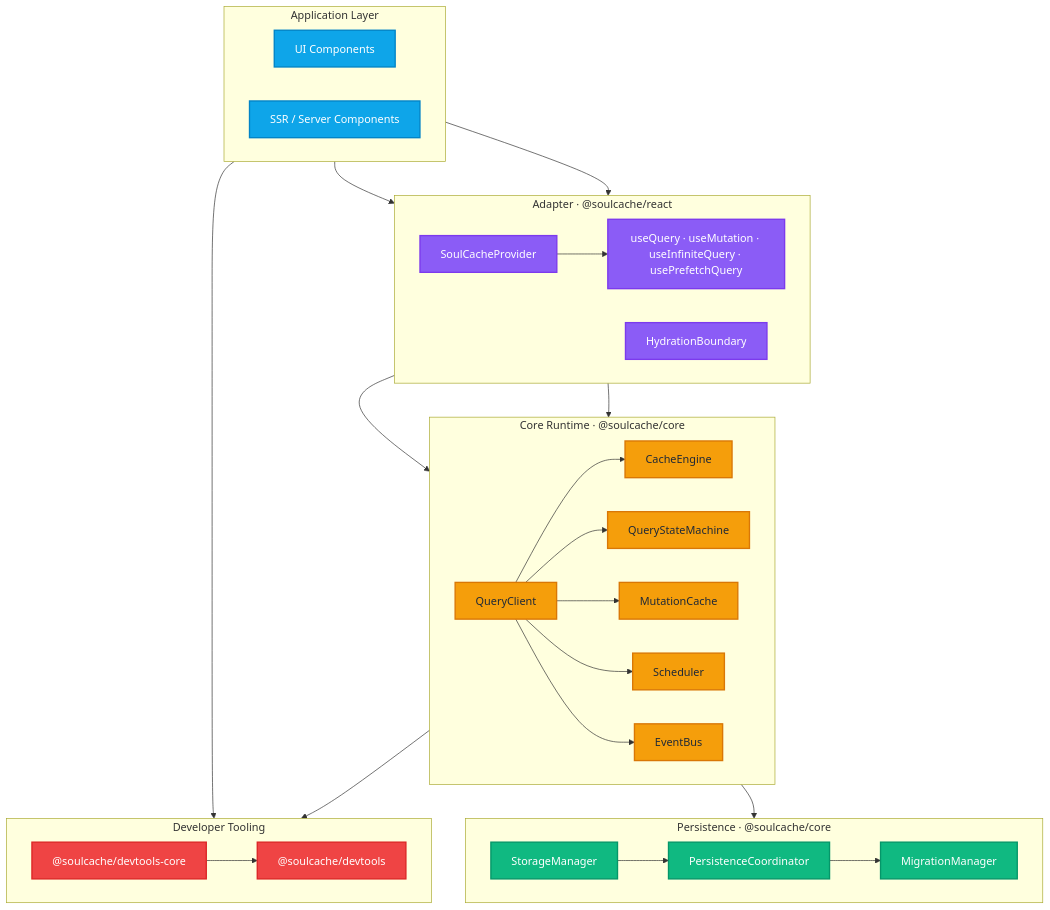
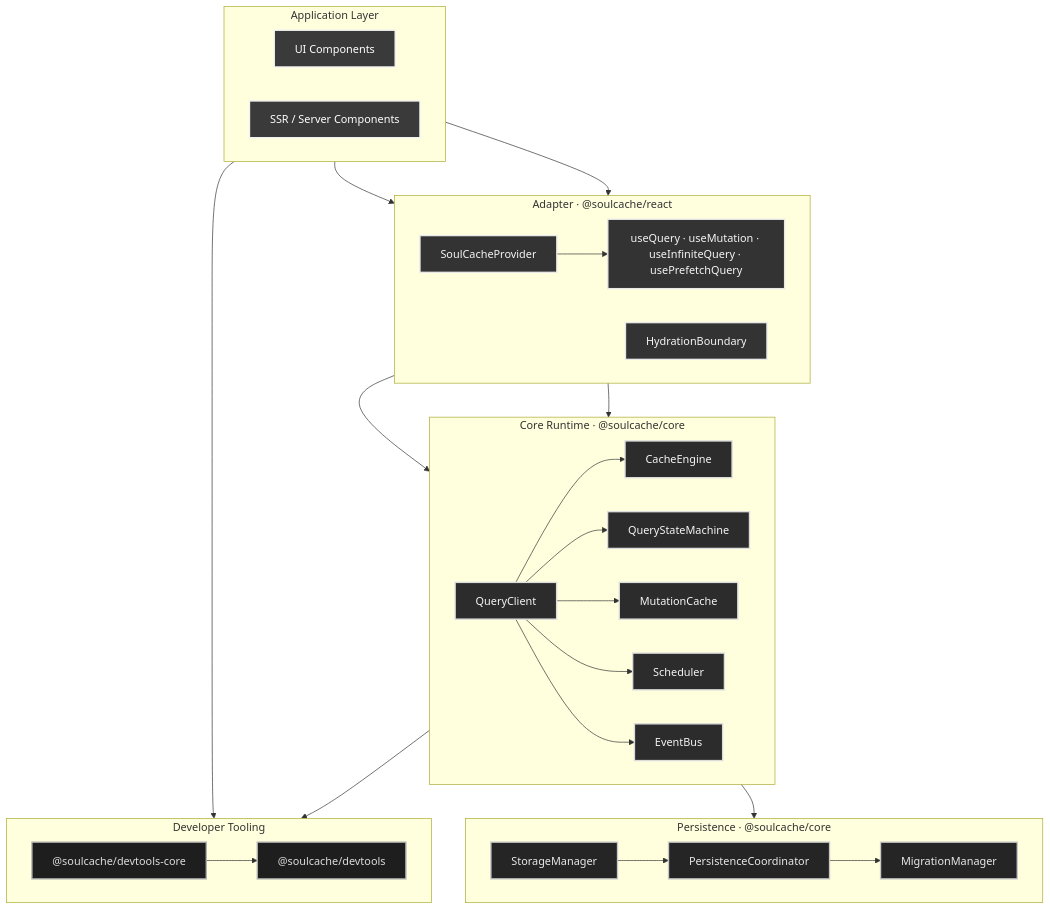
The diagram in README.md (kasihagustinusT/soulcache), drawn with Mermaid before and after one commit. The commit also changed 2 other files, not shown here.

Commit message:
docs: refresh architecture diagrams

````diff
--- a/README.md
+++ b/README.md
@@ -56,70 +56,71 @@
 ```mermaid
+%%{init: {"theme": "base", "themeVariables": {"fontFamily": "ui-monospace, 'SFMono-Regular', Menlo, Consolas, monospace", "primaryColor": "#1e1e1e", "primaryTextColor": "#e8e8e8", "primaryBorderColor": "#e8e8e8", "secondaryColor": "#1e1e1e", "tertiaryColor": "#1e1e1e", "lineColor": "#7f8c8d", "clusterBkg": "#111111", "clusterBorder": "#555555", "edgeLabelBackground": "#1e1e1e", "edgeLabelTextColor": "#e8e8e8", "nodeBorder": "#e8e8e8", "nodeTextColor": "#e8e8e8"}}}%%
 flowchart TB
     subgraph APP["Application Layer"]
         direction LR
         UI["UI Components"]
         SSR["SSR / Server Components"]
     end
 
     subgraph AD["Adapter · @soulcache/react"]
         direction LR
         PROV["SoulCacheProvider"]
         HOOKS["useQuery · useMutation · useInfiniteQuery · usePrefetchQuery"]
         HYD["HydrationBoundary"]
     end
 
     subgraph CORE["Core Runtime · @soulcache/core"]
         direction LR
         QC["QueryClient"]
         CE["CacheEngine"]
         QSM["QueryStateMachine"]
         MC["MutationCache"]
         SC["Scheduler"]
         EB["EventBus"]
     end
 
     subgraph PERS["Persistence · @soulcache/core"]
         direction LR
         SM["StorageManager"]
         PC["PersistenceCoordinator"]
         MM["MigrationManager"]
     end
 
     subgraph DEV["Developer Tooling"]
         direction LR
         DTC["@soulcache/devtools-core"]
         DT["@soulcache/devtools"]
     end
 
     UI --> PROV
     SSR --> HYD
     PROV --> HOOKS
     HYD --> QC
     HOOKS --> QC
 
     QC --> CE
     QC --> QSM
     QC --> MC
     QC --> SC
     QC --> EB
 
     CE --> SM
     SM --> PC
     PC --> MM
 
     QC --> DTC
     DTC --> DT
     UI --> DT
 
-    classDef app fill:#0ea5e9,stroke:#0284c7,color:#ffffff,stroke-width:2px
-    classDef adapter fill:#8b5cf6,stroke:#7c3aed,color:#ffffff,stroke-width:2px
-    classDef core fill:#f59e0b,stroke:#d97706,color:#1f2937,stroke-width:2px
-    classDef persist fill:#10b981,stroke:#059669,color:#ffffff,stroke-width:2px
-    classDef dev fill:#ef4444,stroke:#dc2626,color:#ffffff,stroke-width:2px
+    classDef app fill:#3a3a3a,stroke:#f2f2f2,color:#ffffff,stroke-width:2px
+    classDef adapter fill:#333333,stroke:#e8e8e8,color:#f5f5f5,stroke-width:2px
+    classDef core fill:#2c2c2c,stroke:#dcdcdc,color:#f5f5f5,stroke-width:2px
+    classDef persist fill:#252525,stroke:#c8c8c8,color:#e8e8e8,stroke-width:2px
+    classDef dev fill:#1e1e1e,stroke:#b0b0b0,color:#dcdcdc,stroke-width:2px
 
     class UI,SSR app
     class PROV,HOOKS,HYD adapter
     class QC,CE,QSM,MC,SC,EB core
     class SM,PC,MM persist
     class DTC,DT dev
 ```
````
